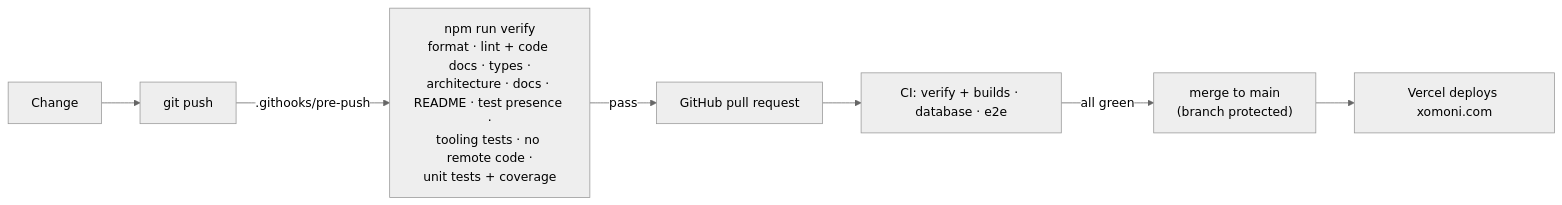
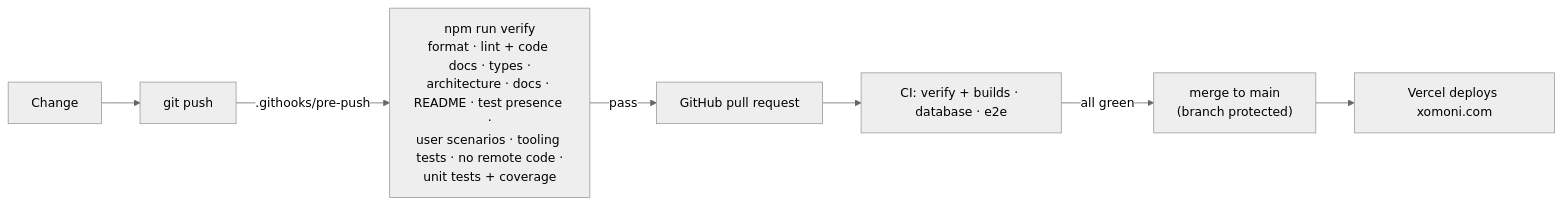
Before and after one commit to pirdehi/xomoni: the fifth of 5 diagrams in docs/ARCHITECTURE.md, drawn with Mermaid (neutral theme). The commit also changed other lines of this file and 18 other files, not shown here.

First line of the commit message:
At least 20 user scenarios per user-facing task, checked by verify; the install page's first (#338) (#356)

````diff
--- a/docs/ARCHITECTURE.md
+++ b/docs/ARCHITECTURE.md
@@ -308,9 +308,9 @@
 ```mermaid
 flowchart LR
   edit["Change"] --> push["git push"]
-  push -- ".githooks/pre-push" --> verify["npm run verify<br/>format · lint + code docs · types ·<br/>architecture · docs · README · test presence ·<br/>tooling tests · no remote code ·<br/>unit tests + coverage"]
+  push -- ".githooks/pre-push" --> verify["npm run verify<br/>format · lint + code docs · types ·<br/>architecture · docs · README · test presence ·<br/>user scenarios · tooling tests · no remote code ·<br/>unit tests + coverage"]
   verify -- pass --> gh["GitHub pull request"]
   gh --> ci["CI: verify + builds · database · e2e"]
   ci -- "all green" --> main["merge to main<br/>(branch protected)"]
   main --> vercel["Vercel deploys xomoni.com"]
 ```
````
